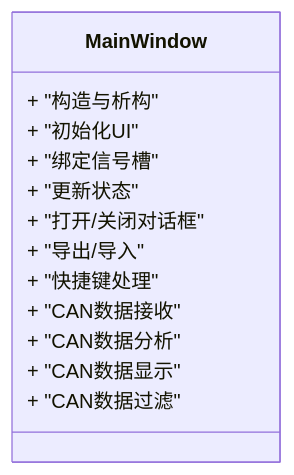
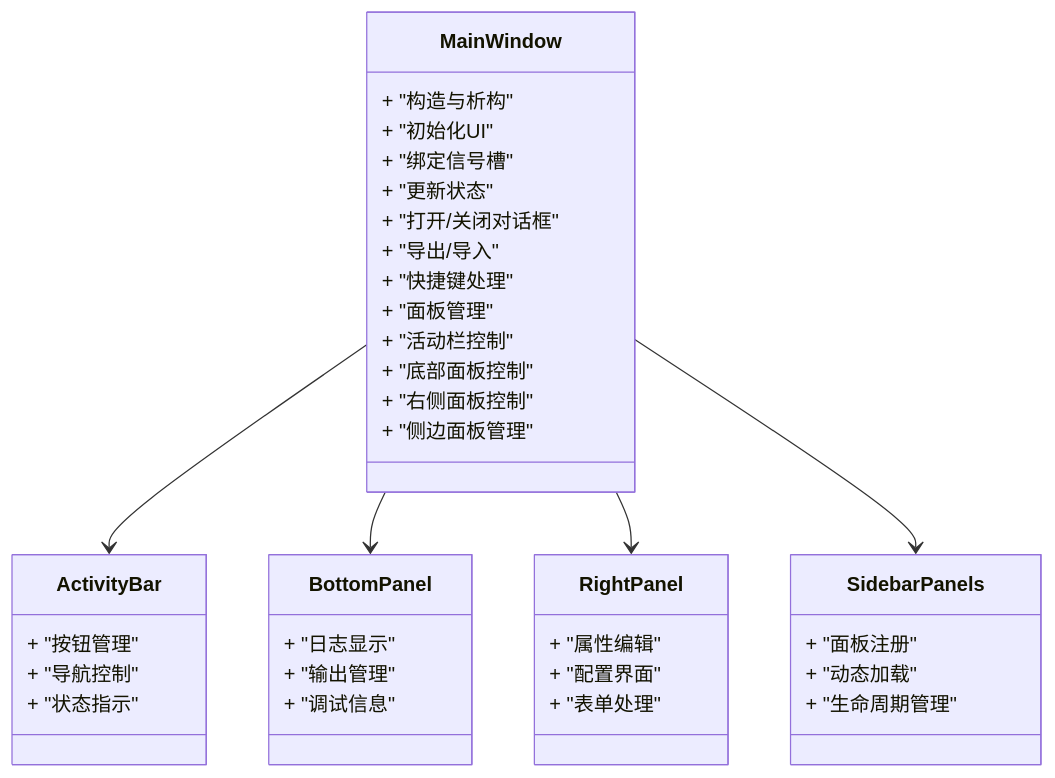
One commit to jakecai1225-design/OpenBus changed the third of 4 diagrams in .qoder/repowiki/zh/content/架构设计/主窗口组件架构.md. Above: the diagram before and after it, drawn with Mermaid. The commit also changed other lines of this file and 44 other files, not shown here.

````diff
--- a/.qoder/repowiki/zh/content/架构设计/主窗口组件架构.md
+++ b/.qoder/repowiki/zh/content/架构设计/主窗口组件架构.md
@@ -141,16 +168,41 @@
 ```mermaid
 classDiagram
 class MainWindow {
 + "构造与析构"
 + "初始化UI"
 + "绑定信号槽"
 + "更新状态"
 + "打开/关闭对话框"
 + "导出/导入"
 + "快捷键处理"
-+ "CAN数据接收"
-+ "CAN数据分析"
-+ "CAN数据显示"
-+ "CAN数据过滤"
++ "面板管理"
++ "活动栏控制"
++ "底部面板控制"
++ "右侧面板控制"
++ "侧边面板管理"
 }
+class ActivityBar {
++ "按钮管理"
++ "导航控制"
++ "状态指示"
+}
+class BottomPanel {
++ "日志显示"
++ "输出管理"
++ "调试信息"
+}
+class RightPanel {
++ "属性编辑"
++ "配置界面"
++ "表单处理"
+}
+class SidebarPanels {
++ "面板注册"
++ "动态加载"
++ "生命周期管理"
+}
+MainWindow --> ActivityBar
+MainWindow --> BottomPanel
+MainWindow --> RightPanel
+MainWindow --> SidebarPanels
 ```
````
